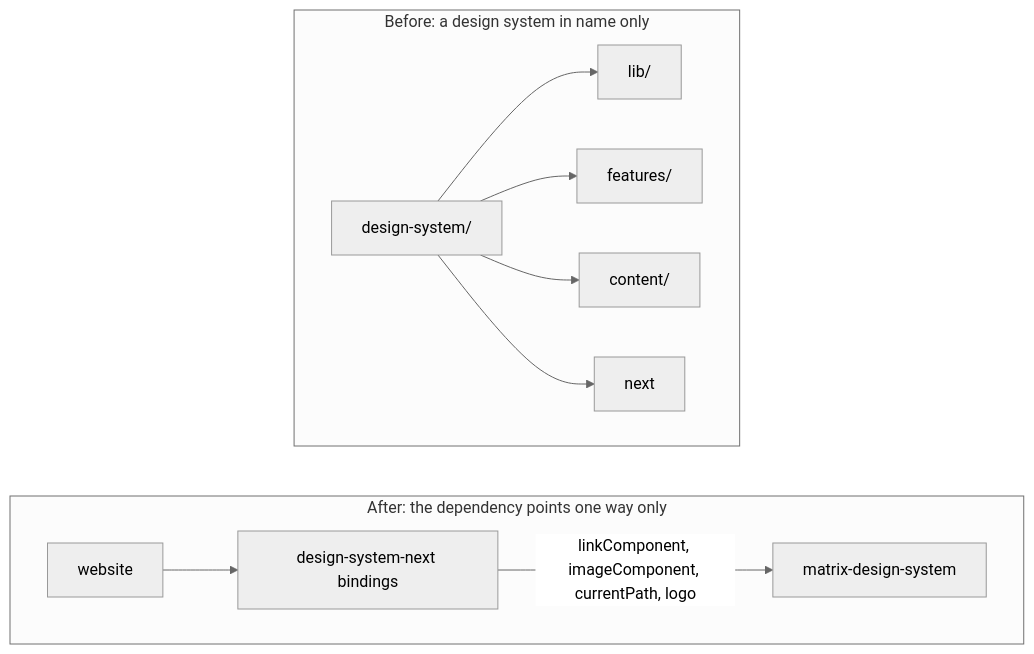
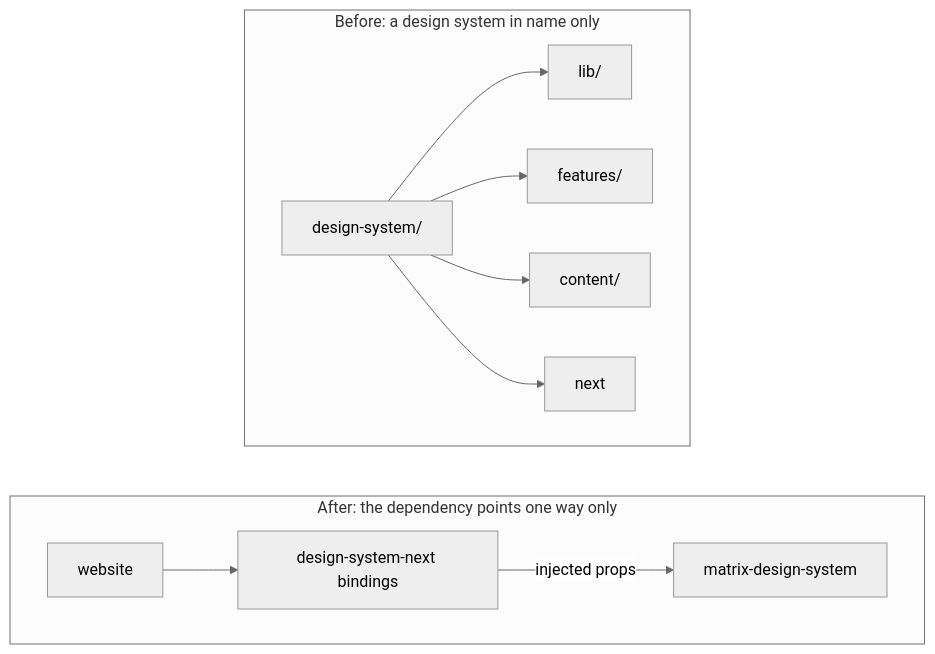
Before and after one commit to chicio/chicio-blog: the first of 3 diagrams in apps/website/src/content/blog/post/2026/09/11/monorepo-npm-workspaces-turborepo-nextjs-blog/content.mdx, drawn with Mermaid (neutral theme). The commit also changed other lines of this file, not shown here.

````diff
--- a/apps/website/src/content/blog/post/2026/09/11/monorepo-npm-workspaces-turborepo-nextjs-blog/content.mdx
+++ b/apps/website/src/content/blog/post/2026/09/11/monorepo-npm-workspaces-turborepo-nextjs-blog/content.mdx
@@ -85,24 +84,24 @@
 ```mermaid
 graph TD
     subgraph Before["Before: a design system in name only"]
         direction LR
         DS1["design-system/"]
         LIB1["lib/"]
         FEAT1["features/"]
         CONT1["content/"]
         NEXT1["next"]
         DS1 --> LIB1
         DS1 --> FEAT1
         DS1 --> CONT1
         DS1 --> NEXT1
     end
     subgraph After["After: the dependency points one way only"]
         direction LR
         SITE2["website"]
         BIND2["design-system-next bindings"]
         DS2["matrix-design-system"]
         SITE2 --> BIND2
-        BIND2 -->|"linkComponent, imageComponent, currentPath, logo"| DS2
+        BIND2 -->|"injected props"| DS2
     end
     Before ~~~ After
 ```
````
